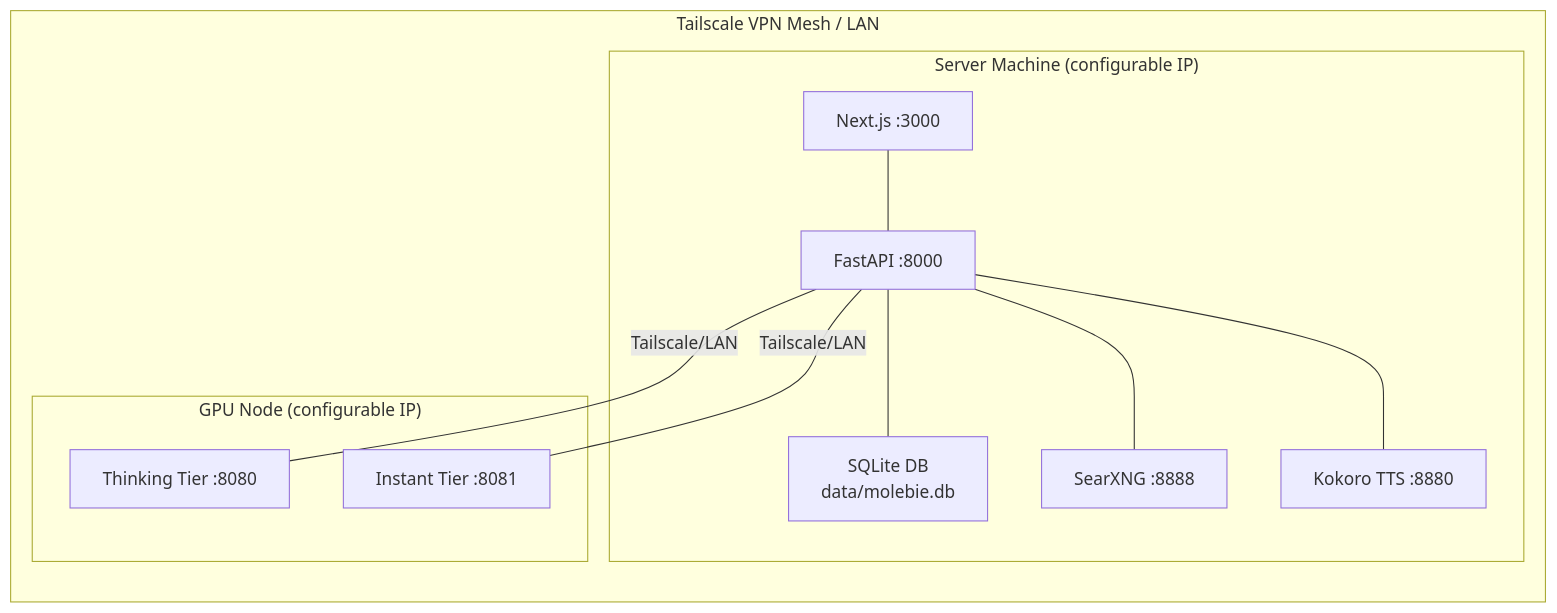
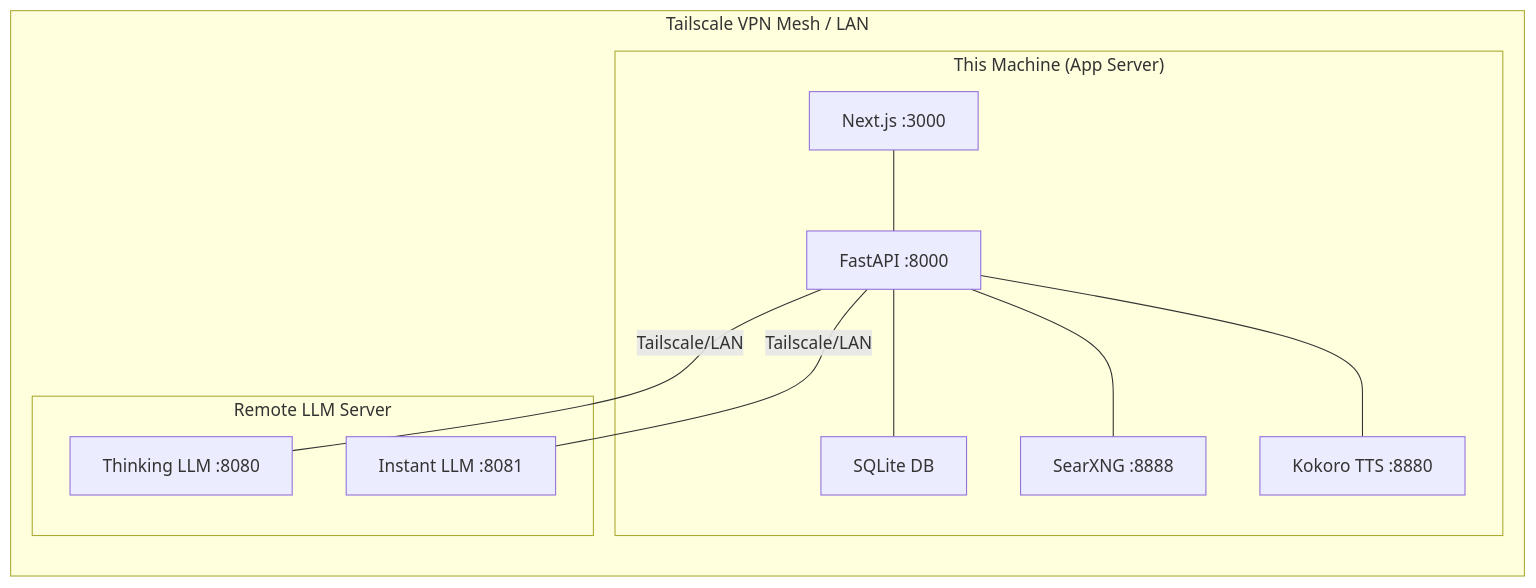
The tenth of 14 diagrams in full_system_architecture_map_730d3d3f.plan.md (Jimmy6929/Molebie_AI), drawn with Mermaid before and after one commit. The commit also changed other lines of this file and 1 other file, not shown here.

````diff
--- a/full_system_architecture_map_730d3d3f.plan.md
+++ b/full_system_architecture_map_730d3d3f.plan.md
@@ -544,23 +570,23 @@
 ```mermaid
 graph LR
     subgraph tailnet [Tailscale VPN Mesh / LAN]
-        subgraph server ["Server Machine (configurable IP)"]
+        subgraph server ["This Machine (App Server)"]
             next["Next.js :3000"]
             fastapi["FastAPI :8000"]
-            sqlite["SQLite DB\ndata/molebie.db"]
+            sqlite["SQLite DB"]
             searx["SearXNG :8888"]
             kokoro["Kokoro TTS :8880"]
         end
-        subgraph gpu ["GPU Node (configurable IP)"]
-            thinking["Thinking Tier :8080"]
-            instant["Instant Tier :8081"]
+        subgraph gpu ["Remote LLM Server"]
+            thinking["Thinking LLM :8080"]
+            instant["Instant LLM :8081"]
         end
     end
 
     next --- fastapi
     fastapi --- sqlite
     fastapi --- searx
     fastapi --- kokoro
     fastapi ---|"Tailscale/LAN"| thinking
     fastapi ---|"Tailscale/LAN"| instant
 ```
````
